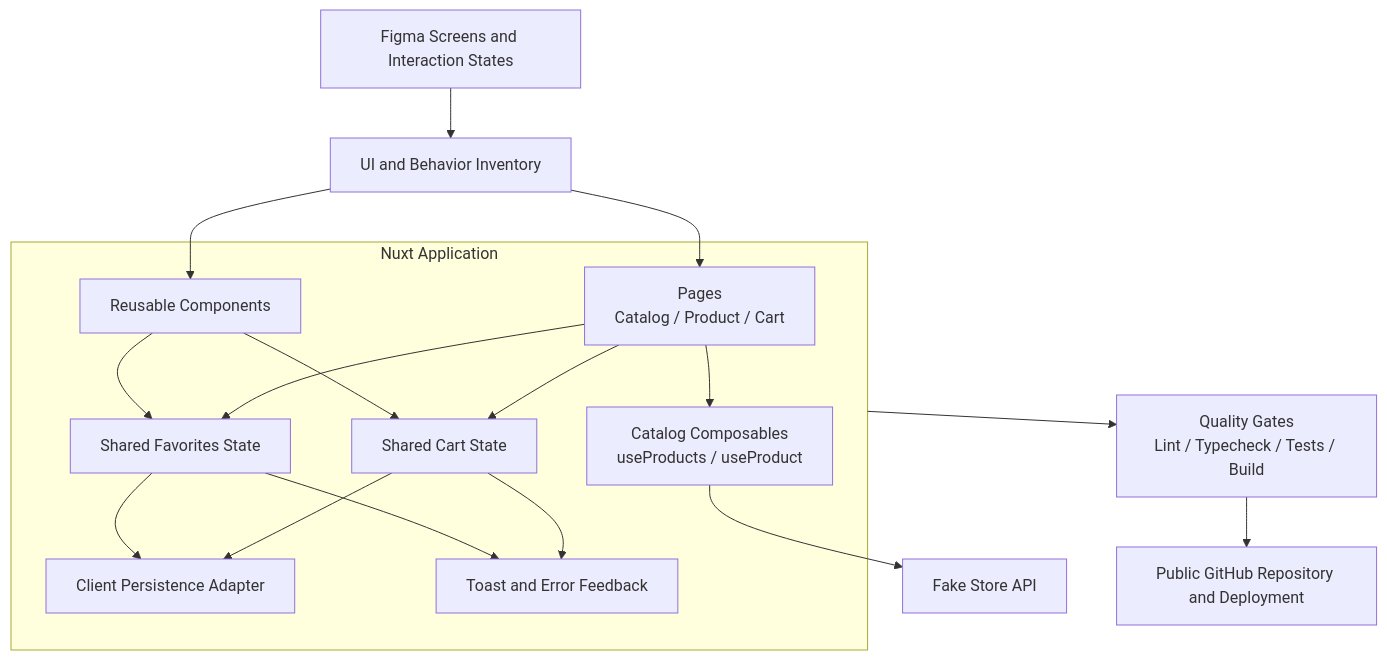
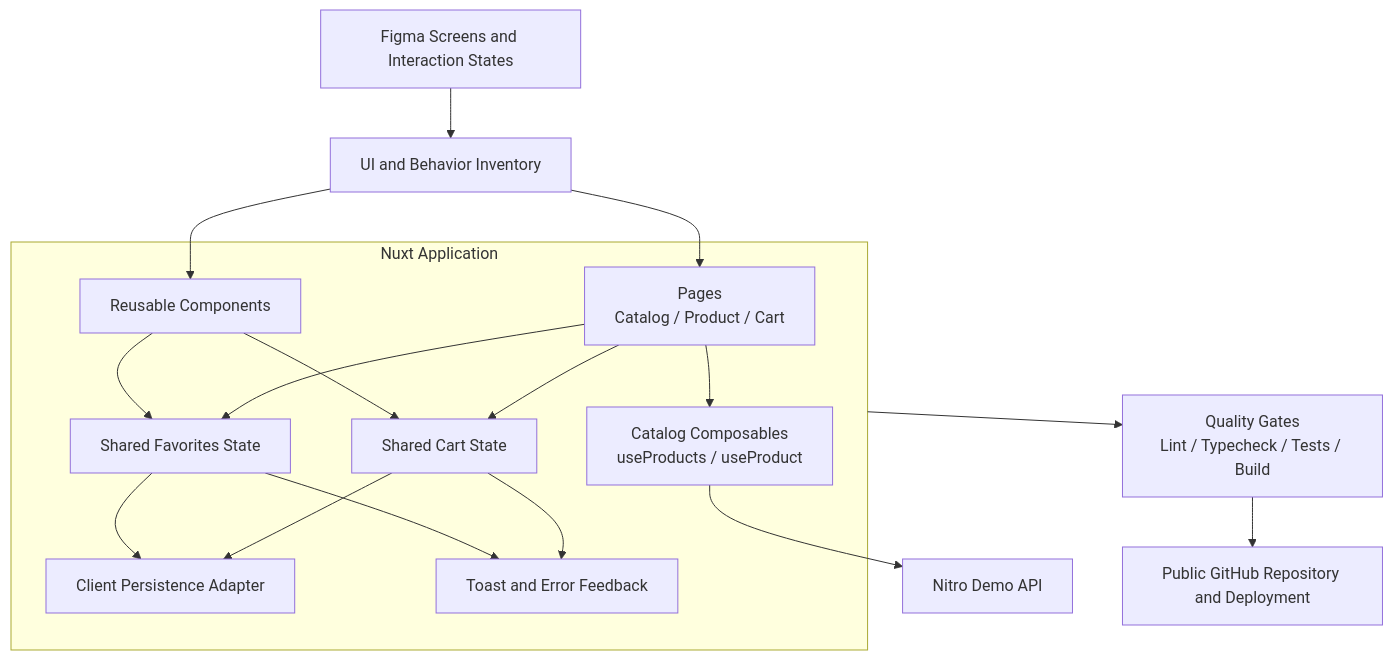
Before and after one commit to mohetios/nuxt-commerce-demo: the fourth of 5 diagrams in README.md, drawn with Mermaid. The commit also changed other lines of this file and 1 other file, not shown here.

First line of the commit message:
docs: document SSR architecture, demo API, and Cloudflare deploy

````diff
--- a/README.md
+++ b/README.md
@@ -277,39 +354,39 @@
 ```mermaid
 flowchart TB
     Design[Figma Screens and Interaction States]
     Requirements[UI and Behavior Inventory]
 
     subgraph App[Nuxt Application]
         Pages[Pages\nCatalog / Product / Cart]
         Components[Reusable Components]
         CatalogData[Catalog Composables\nuseProducts / useProduct]
         CartState[Shared Cart State]
         FavoriteState[Shared Favorites State]
         Persistence[Client Persistence Adapter]
         Feedback[Toast and Error Feedback]
     end
 
-    API[Fake Store API]
+    API[Nitro Demo API]
     QA[Quality Gates\nLint / Typecheck / Tests / Build]
     Delivery[Public GitHub Repository and Deployment]
 
     Design --> Requirements
     Requirements --> Pages
     Requirements --> Components
 
     Pages --> CatalogData
     CatalogData --> API
 
     Pages --> CartState
     Pages --> FavoriteState
     Components --> CartState
     Components --> FavoriteState
 
     CartState --> Persistence
     FavoriteState --> Persistence
     CartState --> Feedback
     FavoriteState --> Feedback
 
     App --> QA
     QA --> Delivery
 ```
````
